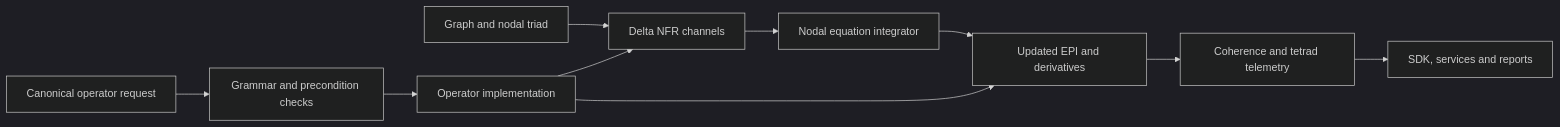
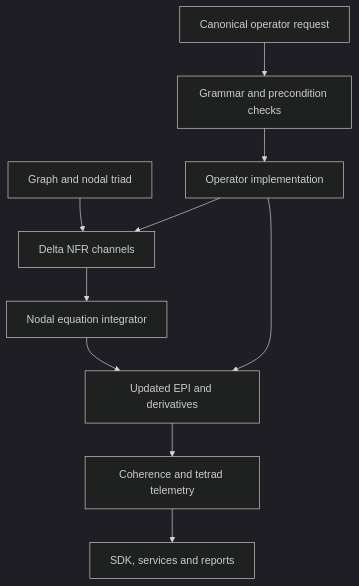
Before and after one commit to fermga/TNFR-Python-Engine: the diagram in ARCHITECTURE.md, drawn with Mermaid (dark theme). The commit also changed other lines of this file and 1201 other files, not shown here.

````diff
--- a/ARCHITECTURE.md
+++ b/ARCHITECTURE.md
@@ -37,12 +38,12 @@
 ```mermaid
-flowchart LR
+flowchart TD
     A[Graph and nodal triad] --> B[Delta NFR channels]
     B --> C[Nodal equation integrator]
     C --> D[Updated EPI and derivatives]
     D --> E[Coherence and tetrad telemetry]
     E --> F[SDK, services and reports]
     G[Canonical operator request] --> H[Grammar and precondition checks]
     H --> I[Operator implementation]
     I --> B
     I --> D
 ```
````
